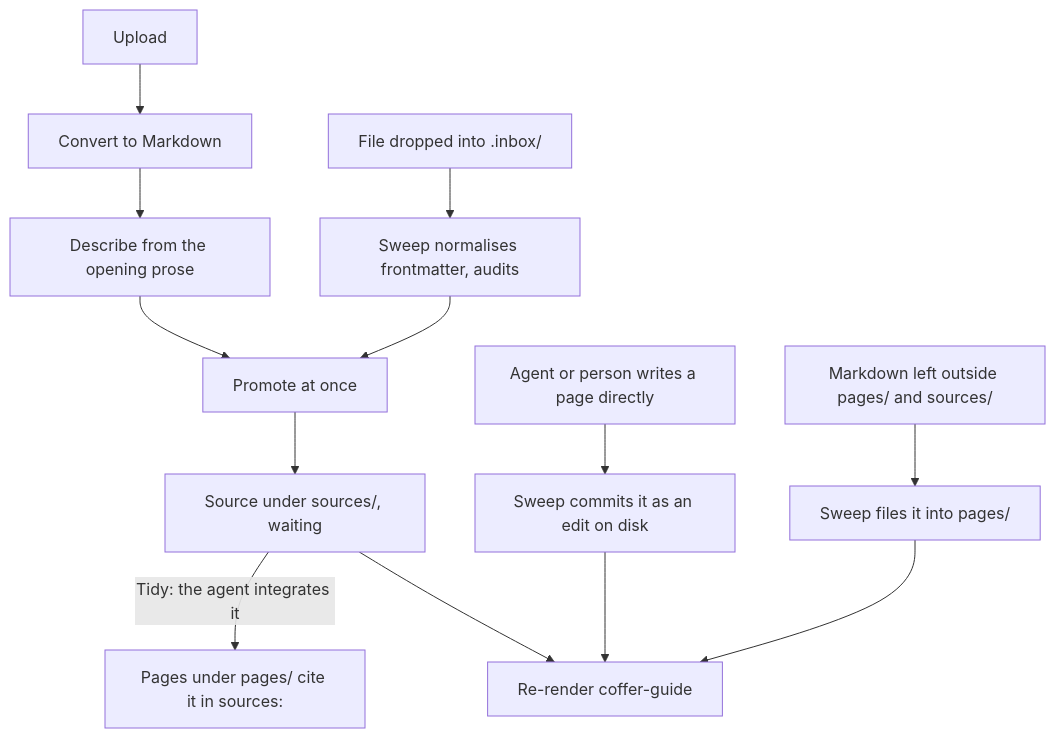
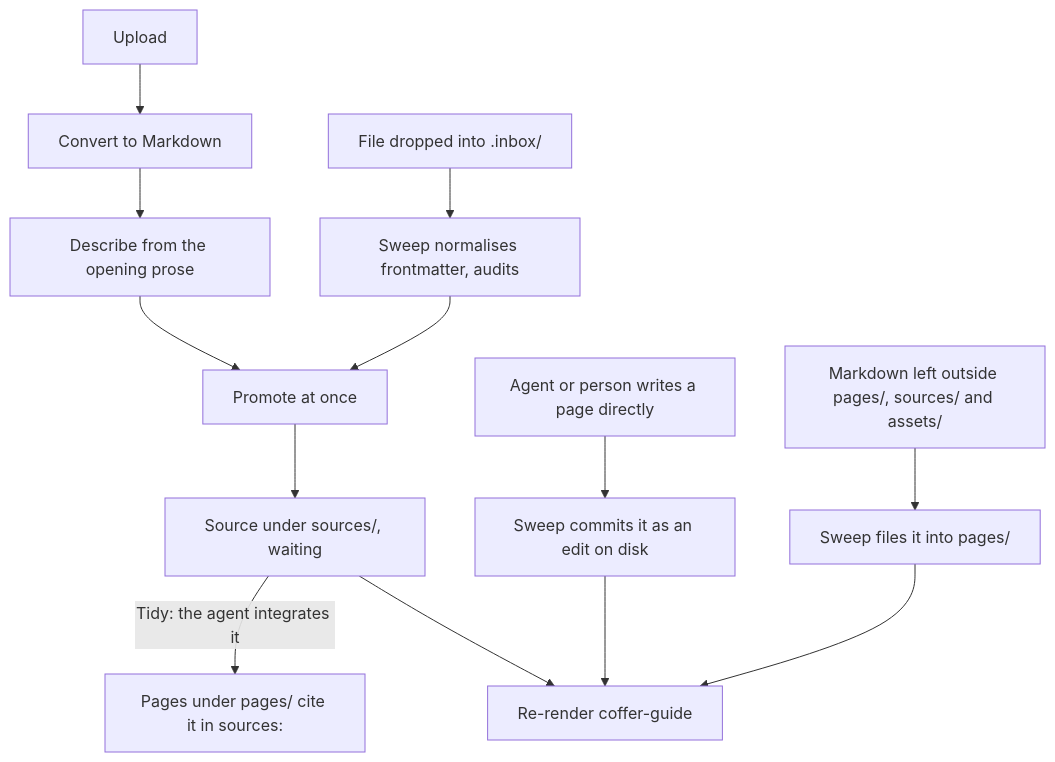
Before and after one commit to wyx-sg/Coffer: the first of 3 diagrams in docs-site/architecture/knowledge.md, drawn with Mermaid. The commit also changed other lines of this file and 58 other files, not shown here.

````diff
--- a/docs-site/architecture/knowledge.md
+++ b/docs-site/architecture/knowledge.md
@@ -133,15 +139,15 @@
 ```mermaid
 flowchart TD
   U["Upload"] --> C["Convert to Markdown"]
   C --> D["Describe from the opening prose"]
   D --> S["Promote at once"]
   W["File dropped into .inbox/"] --> N["Sweep normalises frontmatter, audits"]
   N --> S
   S --> SRC["Source under sources/, waiting"]
   SRC -->|Tidy: the agent integrates it| P["Pages under pages/ cite it in sources:"]
   E["Agent or person writes a page directly"] --> DISK["Sweep commits it as an edit on disk"]
-  L["Markdown left outside pages/ and sources/"] --> M["Sweep files it into pages/"]
+  L["Markdown left outside pages/, sources/ and assets/"] --> M["Sweep files it into pages/"]
   SRC --> G["Re-render coffer-guide"]
   DISK --> G
   M --> G
 ```
````
